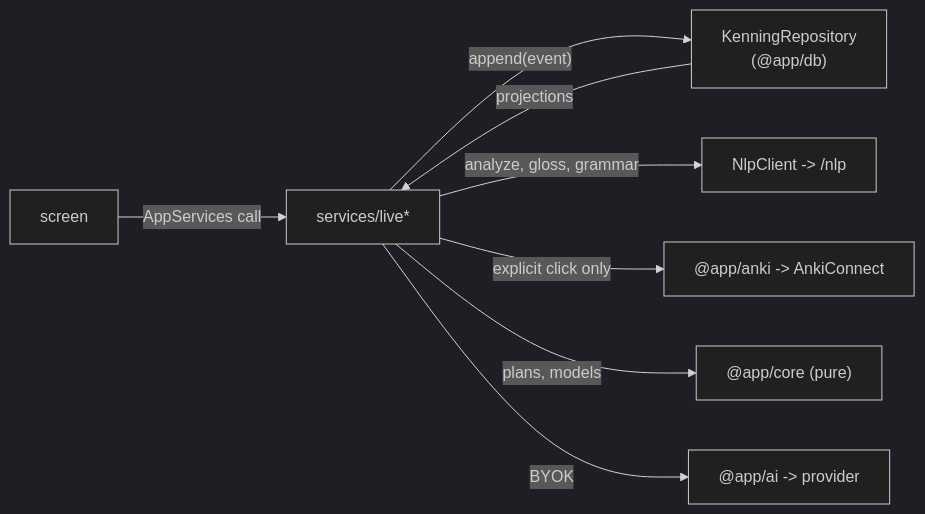
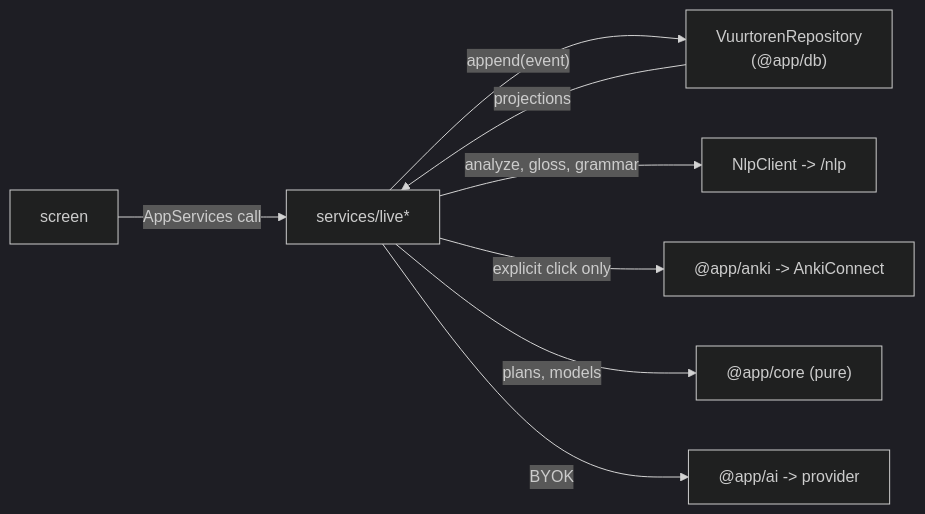
Before and after one commit to pavlohrab/vuurtoren: the diagram in docs/architecture.md, drawn with Mermaid (dark theme). The commit also changed other lines of this file and 9 other files, not shown here.

````diff
--- a/docs/architecture.md
+++ b/docs/architecture.md
@@ -82,10 +82,10 @@
 ```mermaid
 flowchart LR
   UI["screen"] -->|"AppServices call"| S["services/live*"]
-  S -->|"append(event)"| R["KenningRepository<br/>(@app/db)"]
+  S -->|"append(event)"| R["VuurtorenRepository<br/>(@app/db)"]
   R -->|"projections"| S
   S -->|"analyze, gloss, grammar"| N["NlpClient -> /nlp"]
   S -->|"explicit click only"| A["@app/anki -> AnkiConnect"]
   S -->|"plans, models"| C["@app/core (pure)"]
   S -->|"BYOK"| AI["@app/ai -> provider"]
 ```
````
